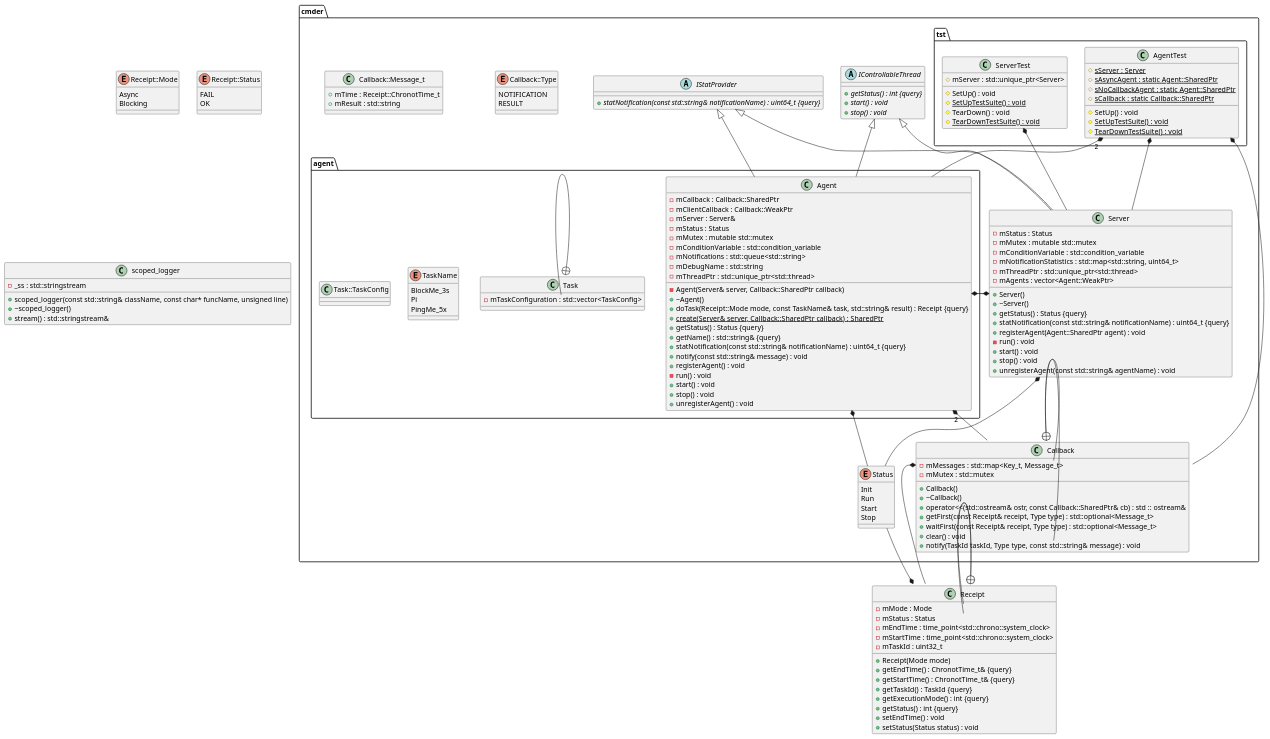
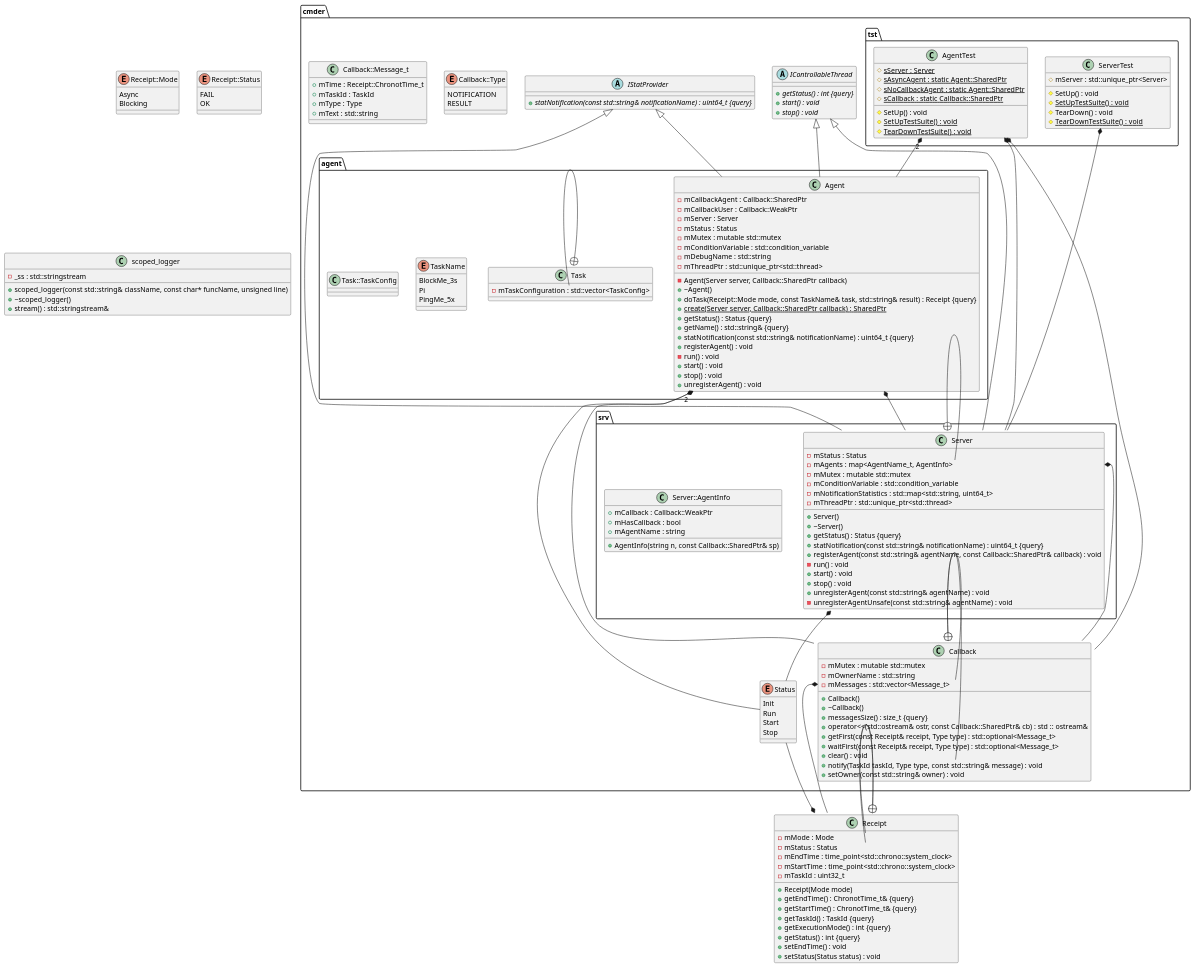
Before and after one commit to h6wk/Cmder: the diagram in diagrams/classdiagram.puml, drawn with PlantUML. The commit also changed 13 other files, not shown here.

Commit message:
Agent registers its callback at server

```diff
--- a/diagrams/classdiagram.puml
+++ b/diagrams/classdiagram.puml
@@ -47,13 +47,16 @@
 	class Callback {
 		+Callback()
 		+~Callback()
+		-mMutex : mutable std::mutex
+		+messagesSize() : size_t {query}
 		+operator<<(std::ostream& ostr, const Callback::SharedPtr& cb) : std :: ostream&
-		-mMessages : std::map<Key_t, Message_t>
-		-mMutex : std::mutex
 		+getFirst(const Receipt& receipt, Type type) : std::optional<Message_t>
 		+waitFirst(const Receipt& receipt, Type type) : std::optional<Message_t>
+		-mOwnerName : std::string
+		-mMessages : std::vector<Message_t>
 		+clear() : void
 		+notify(TaskId taskId, Type type, const std::string& message) : void
+		+setOwner(const std::string& owner) : void
 	}
 
 	abstract class IControllableThread {
@@ -64,24 +67,6 @@
 
 	abstract class IStatProvider {
 		+{abstract} statNotification(const std::string& notificationName) : uint64_t {query}
-	}
-
-	class Server {
-		+Server()
-		+~Server()
-		+getStatus() : Status {query}
-		-mStatus : Status
-		-mMutex : mutable std::mutex
-		-mConditionVariable : std::condition_variable
-		-mNotificationStatistics : std::map<std::string, uint64_t>
-		-mThreadPtr : std::unique_ptr<std::thread>
-		+statNotification(const std::string& notificationName) : uint64_t {query}
-		-mAgents : vector<Agent::WeakPtr>
-		+registerAgent(Agent::SharedPtr agent) : void
-		-run() : void
-		+start() : void
-		+stop() : void
-		+unregisterAgent(const std::string& agentName) : void
 	}
 
 	enum Callback::Type {
@@ -98,7 +83,9 @@
 
 	class Callback::Message_t {
 		+mTime : Receipt::ChronotTime_t
-		+mResult : std::string
+		+mTaskId : TaskId
+		+mType : Type
+		+mText : std::string
 	}
 
 	namespace tst {
@@ -121,25 +108,51 @@
 		}
 	}
 
+	namespace srv {
+		class Server {
+			+Server()
+			+~Server()
+			+getStatus() : Status {query}
+			-mStatus : Status
+			-mAgents : map<AgentName_t, AgentInfo>
+			-mMutex : mutable std::mutex
+			-mConditionVariable : std::condition_variable
+			-mNotificationStatistics : std::map<std::string, uint64_t>
+			-mThreadPtr : std::unique_ptr<std::thread>
+			+statNotification(const std::string& notificationName) : uint64_t {query}
+			+registerAgent(const std::string& agentName, const Callback::SharedPtr& callback) : void
+			-run() : void
+			+start() : void
+			+stop() : void
+			+unregisterAgent(const std::string& agentName) : void
+			-unregisterAgentUnsafe(const std::string& agentName) : void
+		}
+
+		class Server::AgentInfo {
+			+AgentInfo(string n, const Callback::SharedPtr& sp)
+			+mCallback : Callback::WeakPtr
+			+mHasCallback : bool
+			+mAgentName : string
+		}
+	}
+
 	namespace agent {
 		class Agent {
-			-Agent(Server& server, Callback::SharedPtr callback)
+			-Agent(Server server, Callback::SharedPtr callback)
 			+~Agent()
-			-mCallback : Callback::SharedPtr
-			-mClientCallback : Callback::WeakPtr
+			-mCallbackAgent : Callback::SharedPtr
+			-mCallbackUser : Callback::WeakPtr
 			+doTask(Receipt::Mode mode, const TaskName& task, std::string& result) : Receipt {query}
-			-mServer : Server&
-			+{static} create(Server& server, Callback::SharedPtr callback) : SharedPtr
+			-mServer : Server
+			+{static} create(Server server, Callback::SharedPtr callback) : SharedPtr
 			+getStatus() : Status {query}
 			-mStatus : Status
 			-mMutex : mutable std::mutex
 			-mConditionVariable : std::condition_variable
-			-mNotifications : std::queue<std::string>
 			-mDebugName : std::string
 			+getName() : std::string& {query}
 			-mThreadPtr : std::unique_ptr<std::thread>
 			+statNotification(const std::string& notificationName) : uint64_t {query}
-			+notify(const std::string& message) : void
 			+registerAgent() : void
 			-run() : void
 			+start() : void
@@ -171,13 +184,13 @@
 cmder.IControllableThread <|-- cmder.agent.Agent
 
 
-cmder.IControllableThread <|-- cmder.Server
+cmder.IControllableThread <|-- cmder.srv.Server
 
 
 cmder.IStatProvider <|-- cmder.agent.Agent
 
 
-cmder.IStatProvider <|-- cmder.Server
+cmder.IStatProvider <|-- cmder.srv.Server
 
 
 
@@ -188,7 +201,7 @@
 cmder.agent.Agent "2" *-- cmder.Callback
 
 
-cmder.agent.Agent *-- cmder.Server
+cmder.agent.Agent *-- cmder.srv.Server
 
 
 cmder.agent.Agent *-- cmder.Status
@@ -200,7 +213,7 @@
 cmder.tst.AgentTest *-- cmder.Callback
 
 
-cmder.tst.AgentTest *-- cmder.Server
+cmder.tst.AgentTest *-- cmder.srv.Server
 
 
 cmder.Callback::Message_t *-- .Receipt
@@ -209,13 +222,13 @@
 .Receipt *-- cmder.Status
 
 
-cmder.Server *-- cmder.agent.Agent
+cmder.srv.Server *-- cmder.Status
 
 
-cmder.Server *-- cmder.Status
+cmder.srv.Server::AgentInfo *-- cmder.Callback
 
 
-cmder.tst.ServerTest *-- cmder.Server
+cmder.tst.ServerTest *-- cmder.srv.Server
 
 
 
@@ -236,6 +249,9 @@
 .Receipt +-- .Receipt::Status
 
 
+cmder.srv.Server +-- cmder.srv.Server::AgentInfo
+
+
 cmder.agent.Task +-- cmder.agent.Task::TaskConfig
 
 
```
